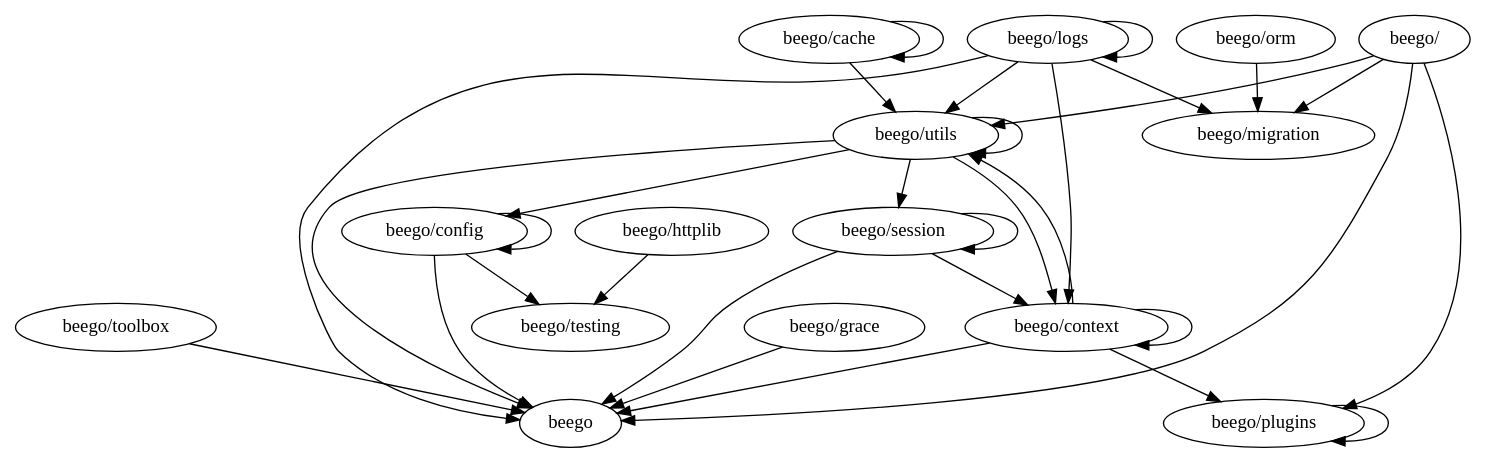
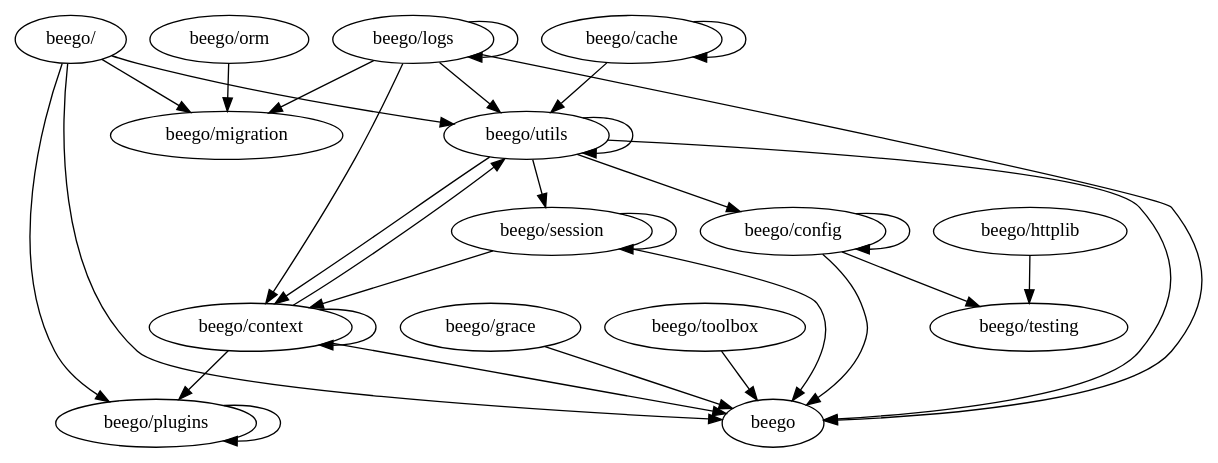
The diagram in godag.dot (legendtkl/godag), drawn with Graphviz before and after one commit. The commit also changed other lines of this file and 2 other files, not shown here.

```diff
--- a/godag.dot
+++ b/godag.dot
@@ -1,33 +1,33 @@
 digraph G {
+	"beego/" -> "beego"
+	"beego/plugins" -> "beego/plugins"
+	"beego/utils" -> "beego"
+	"beego/context" -> "beego"
+	"beego/logs" -> "beego/logs"
+	"beego/orm" -> "beego/migration"
+	"beego/session" -> "beego/session"
+	"beego/context" -> "beego/utils"
+	"beego/cache" -> "beego/cache"
+	"beego/config" -> "beego/config"
+	"beego/cache" -> "beego/utils"
+	"beego/logs" -> "beego/migration"
+	"beego/utils" -> "beego/utils"
+	"beego/config" -> "beego/testing"
+	"beego/httplib" -> "beego/testing"
+	"beego/utils" -> "beego/context"
+	"beego/session" -> "beego/context"
+	"beego/" -> "beego/migration"
+	"beego/utils" -> "beego/config"
+	"beego/session" -> "beego"
+	"beego/logs" -> "beego/utils"
+	"beego/logs" -> "beego"
+	"beego/context" -> "beego/plugins"
+	"beego/" -> "beego/plugins"
 	"beego/utils" -> "beego/session"
-	"beego/logs" -> "beego/logs"
-	"beego/utils" -> "beego"
-	"beego/httplib" -> "beego/testing"
-	"beego/cache" -> "beego/cache"
+	"beego/" -> "beego/utils"
+	"beego/grace" -> "beego"
+	"beego/logs" -> "beego/context"
+	"beego/context" -> "beego/context"
+	"beego/toolbox" -> "beego"
 	"beego/config" -> "beego"
-	"beego/context" -> "beego"
-	"beego/" -> "beego/migration"
-	"beego/context" -> "beego/plugins"
-	"beego/logs" -> "beego/context"
-	"beego/config" -> "beego/config"
-	"beego/orm" -> "beego/migration"
-	"beego/config" -> "beego/testing"
-	"beego/logs" -> "beego"
-	"beego/utils" -> "beego/utils"
-	"beego/context" -> "beego/utils"
-	"beego/cache" -> "beego/utils"
-	"beego/utils" -> "beego/context"
-	"beego/logs" -> "beego/utils"
-	"beego/" -> "beego/utils"
-	"beego/session" -> "beego/session"
-	"beego/utils" -> "beego/config"
-	"beego/logs" -> "beego/migration"
-	"beego/session" -> "beego/context"
-	"beego/context" -> "beego/context"
-	"beego/grace" -> "beego"
-	"beego/plugins" -> "beego/plugins"
-	"beego/" -> "beego/plugins"
-	"beego/" -> "beego"
-	"beego/toolbox" -> "beego"
-	"beego/session" -> "beego"
 }
```
